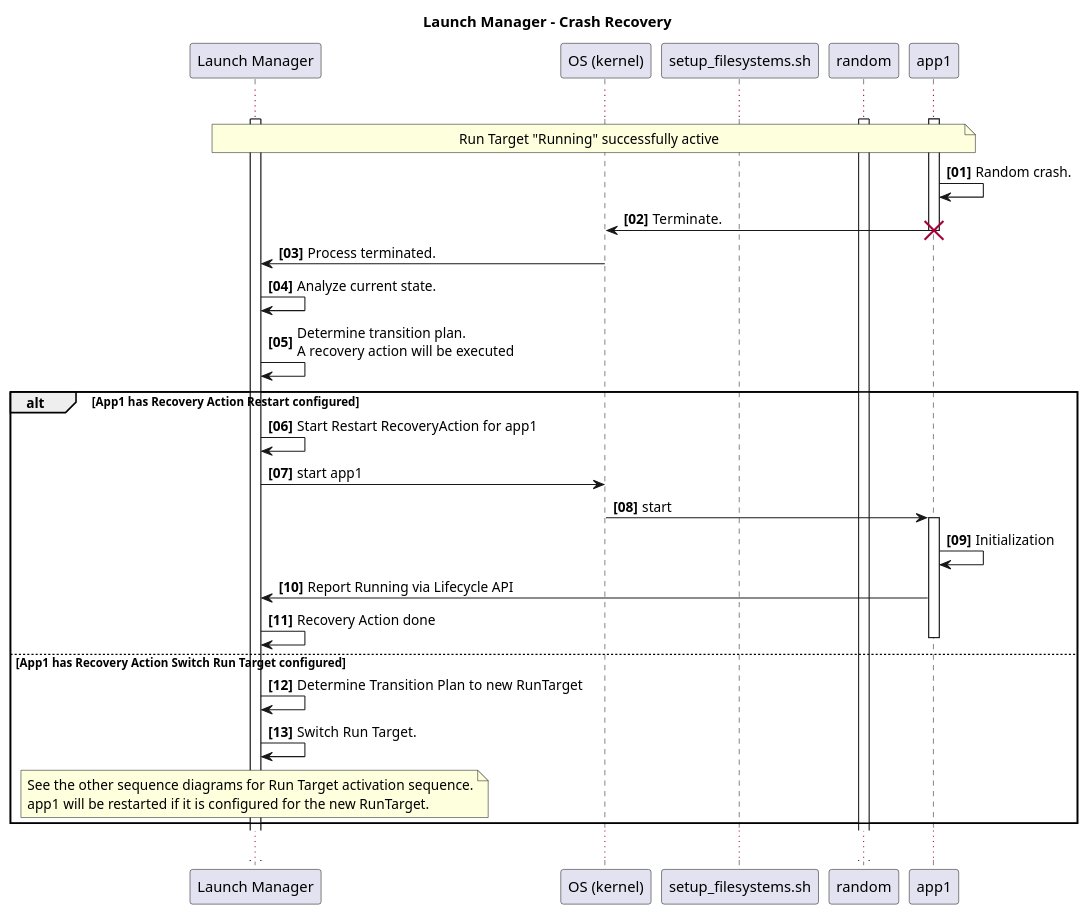
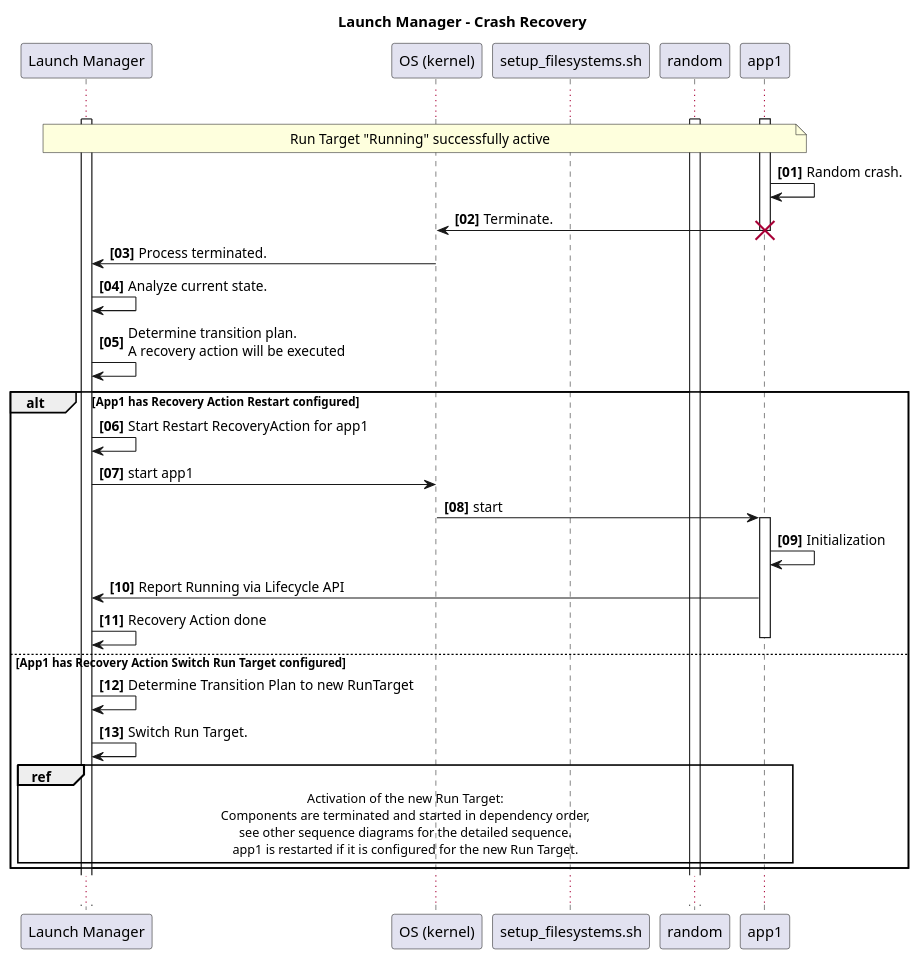
The diagram in docs/features/lifecycle/architecture/_assets/launch_manager_random_crash.puml (eclipse-score/lifecycle), drawn with PlantUML before and after one commit. The commit also changed 3 other files, not shown here.

```diff
--- a/docs/features/lifecycle/architecture/_assets/launch_manager_random_crash.puml
+++ b/docs/features/lifecycle/architecture/_assets/launch_manager_random_crash.puml
@@ -14,55 +14,57 @@
 @startuml
 title Launch Manager - Crash Recovery
 
 autonumber "<b>[00]"
 
 participant "Launch Manager" as LM
 participant "OS (kernel)" as kernel
 
 participant "setup_filesystems.sh" as fs
 participant "random" as ran
 participant "app1" as app1
 
 activate LM
 activate ran
 activate app1
 
 ...
 
 note over LM,app1
 Run Target "Running" successfully active
 end note
 
 app1 -> app1: Random crash.
 app1 -> kernel: Terminate.
 destroy app1
 kernel -> LM: Process terminated.
 
 LM -> LM: Analyze current state.
 LM -> LM: Determine transition plan.\nA recovery action will be executed
 
 alt App1 has Recovery Action Restart configured
 
 LM -> LM: Start Restart RecoveryAction for app1
 LM -> kernel: start app1
 kernel -> app1 ++ : start
 app1 -> app1 : Initialization
 app1 -> LM : Report Running via Lifecycle API
 LM -> LM: Recovery Action done
 deactivate app1
 
 else App1 has Recovery Action Switch Run Target configured
 
 LM -> LM: Determine Transition Plan to new RunTarget
 LM -> LM: Switch Run Target.
 
-note over LM
-See the other sequence diagrams for Run Target activation sequence.
-app1 will be restarted if it is configured for the new RunTarget.
-end note
+ref over LM, app1
+  Activation of the new Run Target:
+  Components are terminated and started in dependency order,
+  see other sequence diagrams for the detailed sequence.
+  app1 is restarted if it is configured for the new Run Target.
+end ref
 
 end alt
 
 ...
 
 @enduml
```
